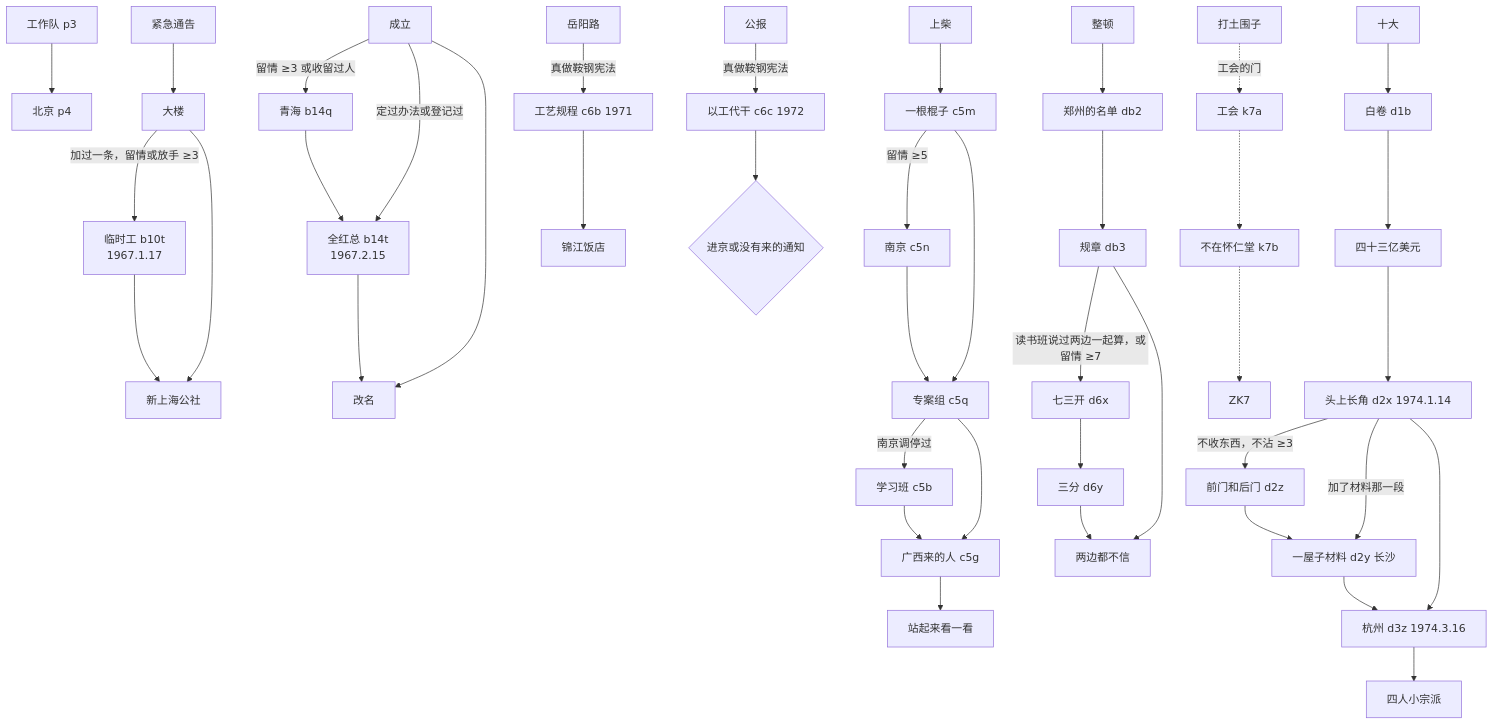
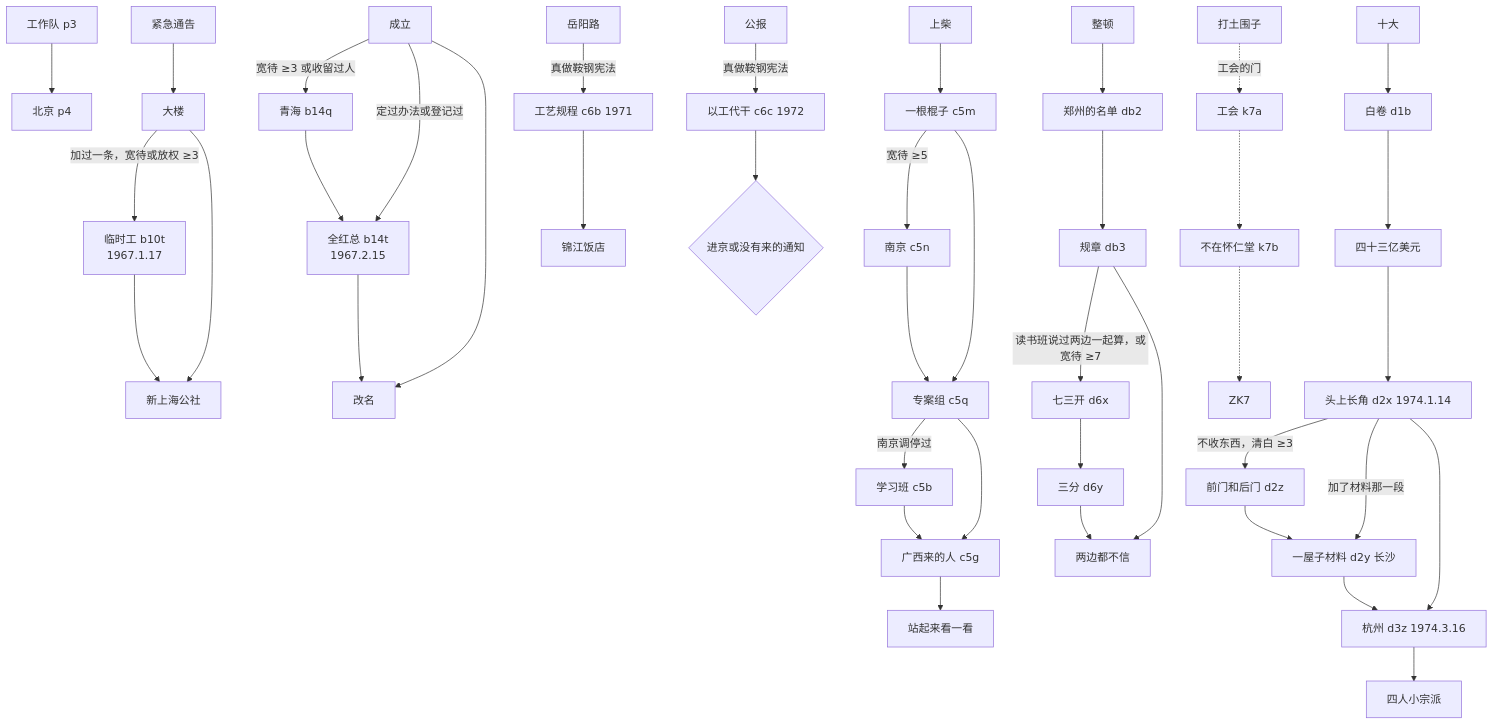
Before and after one commit to buendiyashaoxiao/meng-yu-feimeng: the second of 2 diagrams in docs/剧情线路图.md, drawn with Mermaid. The commit also changed other lines of this file and 10 other files, not shown here.

````diff
--- a/docs/剧情线路图.md
+++ b/docs/剧情线路图.md
@@ -234,24 +234,24 @@
 ```mermaid
 flowchart TD
   P3[工作队 p3] --> P4[北京 p4]
   B10[紧急通告] --> B11[大楼]
-  B11 -->|加过一条，留情或放手 ≥3| B10T[临时工 b10t<br/>1967.1.17] --> B12[新上海公社]
+  B11 -->|加过一条，宽待或放权 ≥3| B10T[临时工 b10t<br/>1967.1.17] --> B12[新上海公社]
   B11 --> B12
-  B14[成立] -->|留情 ≥3 或收留过人| B14Q[青海 b14q] --> B14T
+  B14[成立] -->|宽待 ≥3 或收留过人| B14Q[青海 b14q] --> B14T
   B14 -->|定过办法或登记过| B14T[全红总 b14t<br/>1967.2.15] --> B15[改名]
   B14 --> B15
-  C5[上柴] --> C5M[一根棍子 c5m] -->|留情 ≥5| C5N[南京 c5n] --> C5Q
+  C5[上柴] --> C5M[一根棍子 c5m] -->|宽待 ≥5| C5N[南京 c5n] --> C5Q
   C5M --> C5Q[专案组 c5q] -->|南京调停过| C5B[学习班 c5b] --> C5G
   C5Q --> C5G[广西来的人 c5g] --> C6[站起来看一看]
   C8[岳阳路] -->|真做鞍钢宪法| C6B[工艺规程 c6b 1971] --> C9[锦江饭店]
   C9B[公报] -->|真做鞍钢宪法| C6C[以工代干 c6c 1972] --> C10{进京或没有来的通知}
   D1[十大] --> D1B[白卷 d1b] --> D1A[四十三亿美元] --> D2X[头上长角 d2x 1974.1.14]
-  D2X -->|不收东西，不沾 ≥3| D2Z[前门和后门 d2z]
+  D2X -->|不收东西，清白 ≥3| D2Z[前门和后门 d2z]
   D2X -->|加了材料那一段| D2Y[一屋子材料 d2y 长沙]
   D2Z --> D2Y
   D2X --> D3Z[杭州 d3z 1974.3.16]
   D2Y --> D3Z --> D2[四人小宗派]
-  DB0[整顿] --> DB2[郑州的名单 db2] --> DB3[规章 db3] -->|读书班说过两边一起算，或留情 ≥7| D6X[七三开 d6x] --> D6Y[三分 d6y] --> DB1[两边都不信]
+  DB0[整顿] --> DB2[郑州的名单 db2] --> DB3[规章 db3] -->|读书班说过两边一起算，或宽待 ≥7| D6X[七三开 d6x] --> D6Y[三分 d6y] --> DB1[两边都不信]
   DB3 --> DB1
   D6[打土围子] -.->|工会的门| K7A[工会 k7a] -.-> K7B[不在怀仁堂 k7b] -.-> ZK7
 ```
````
